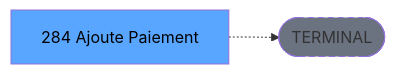
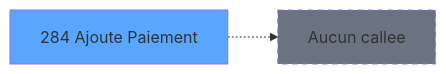
One commit to thonyAGP/magic-migration changed the third of 3 diagrams in .openspec/specs/ADH-IDE-284.md. Above: the diagram before and after it, drawn with Mermaid. The commit also changed other lines of this file and 493 other files, not shown here.

````diff
--- a/.openspec/specs/ADH-IDE-284.md
+++ b/.openspec/specs/ADH-IDE-284.md
@@ -138,8 +183,8 @@
 ```mermaid
 graph LR
-    T[284 Ajoute Paiement]
-    TERM([TERMINAL])
-    T -.-> TERM
-    style TERM fill:#6b7280,stroke-dasharray: 5 5
-    style T fill:#58a6ff,color:#000
+    T284[284 Ajoute Paiement]
+    style T284 fill:#58a6ff
+    NONE[Aucun callee]
+    T284 -.-> NONE
+    style NONE fill:#6b7280,stroke-dasharray: 5 5
 ```
````
